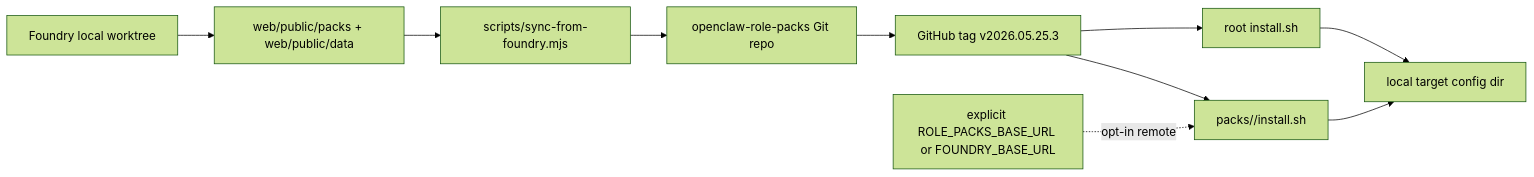
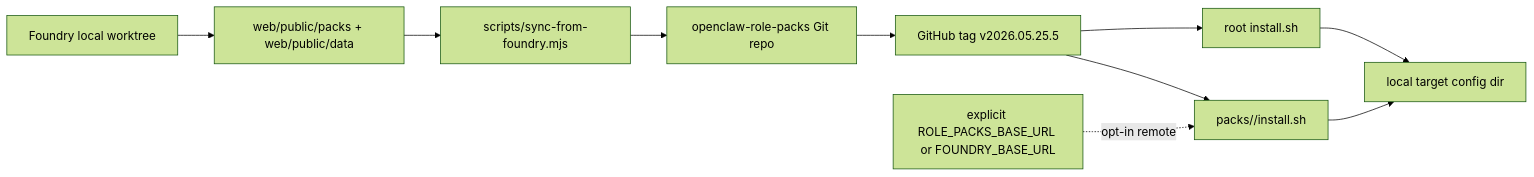
Before and after one commit to MARUCIE/openclaw-foundry: the third of 6 diagrams in doc/00_project/initiative_openclaw_foundry/SYSTEM_ARCHITECTURE.md, drawn with Mermaid (forest theme). The commit also changed other lines of this file and 59 other files, not shown here.

````diff
--- a/doc/00_project/initiative_openclaw_foundry/SYSTEM_ARCHITECTURE.md
+++ b/doc/00_project/initiative_openclaw_foundry/SYSTEM_ARCHITECTURE.md
@@ -134,12 +134,12 @@
 ```mermaid
 flowchart LR
   A[Foundry local worktree] --> B[web/public/packs + web/public/data]
   B --> C[scripts/sync-from-foundry.mjs]
   C --> D[openclaw-role-packs Git repo]
-  D --> E[GitHub tag v2026.05.25.3]
+  D --> E[GitHub tag v2026.05.25.5]
   E --> F[root install.sh]
   E --> G[packs/<id>/install.sh]
   F --> H[local target config dir]
   G --> H
   I[explicit ROLE_PACKS_BASE_URL or FOUNDRY_BASE_URL] -. opt-in remote .-> G
 ```
````
